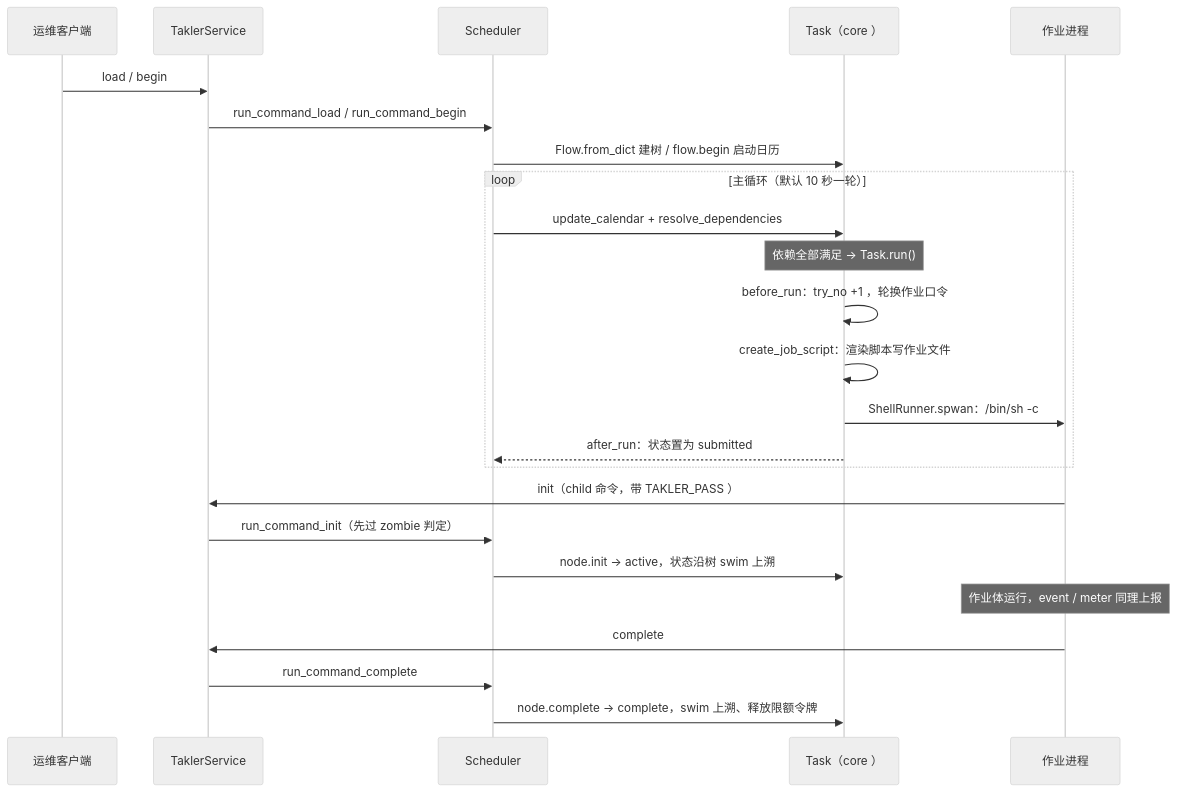
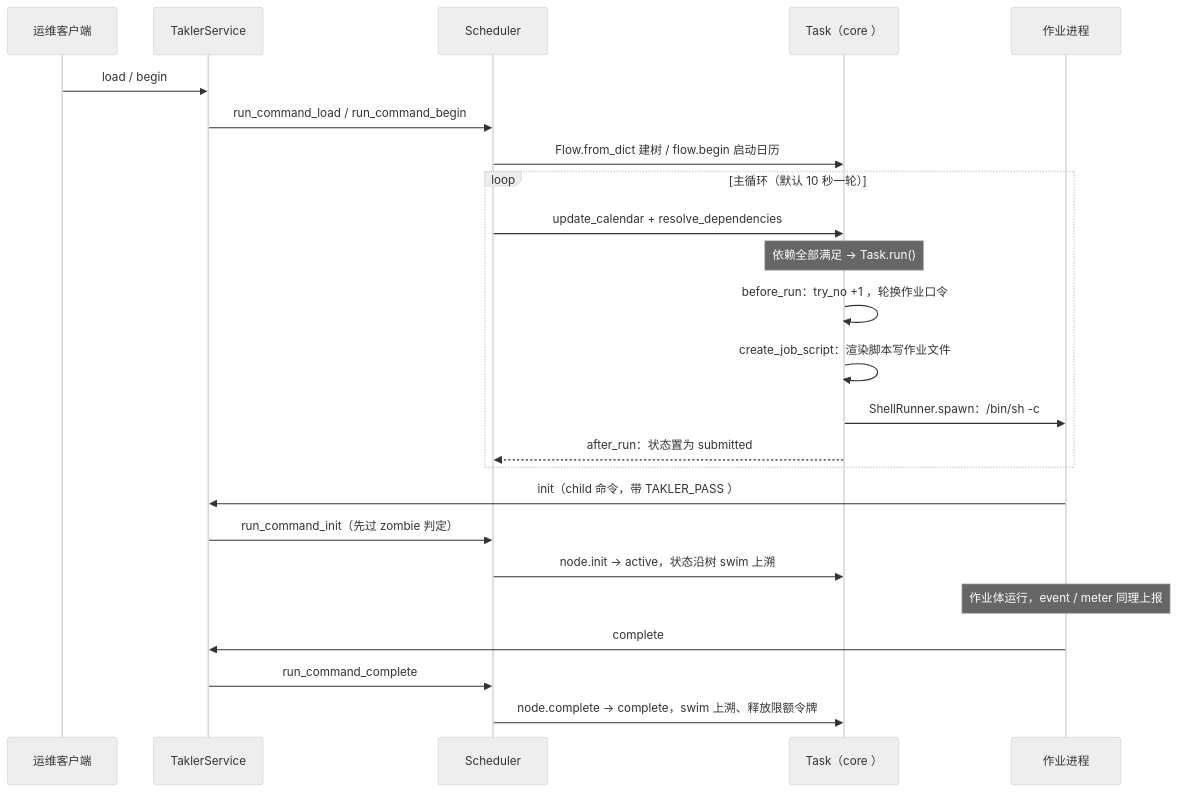
Before and after one commit to cemc-oper/takler: the fourth of 4 diagrams in doc/source/develop/architecture.rst, drawn with Mermaid (neutral theme). The commit also changed other lines of this file and 27 other files, not shown here.

```diff
--- a/doc/source/develop/architecture.rst
+++ b/doc/source/develop/architecture.rst
@@ -179,27 +182,27 @@
 .. mermaid::
 
     sequenceDiagram
         participant OP as 运维客户端
         participant SVC as TaklerService
         participant SCH as Scheduler
         participant TASK as Task（core ）
         participant JOB as 作业进程
 
         OP ->> SVC : load / begin
         SVC ->> SCH : run_command_load / run_command_begin
         SCH ->> TASK : Flow.from_dict 建树 / flow.begin 启动日历
         loop 主循环（默认 10 秒一轮）
             SCH ->> TASK : update_calendar + resolve_dependencies
             Note over TASK : 依赖全部满足 → Task.run()
             TASK ->> TASK : before_run：try_no +1 ，轮换作业口令
             TASK ->> TASK : create_job_script：渲染脚本写作业文件
-            TASK ->> JOB : ShellRunner.spwan：/bin/sh -c
+            TASK ->> JOB : ShellRunner.spawn：/bin/sh -c
             TASK -->> SCH : after_run：状态置为 submitted
         end
         JOB ->> SVC : init（child 命令，带 TAKLER_PASS ）
         SVC ->> SCH : run_command_init（先过 zombie 判定）
         SCH ->> TASK : node.init → active，状态沿树 swim 上溯
         Note over JOB : 作业体运行，event / meter 同理上报
         JOB ->> SVC : complete
         SVC ->> SCH : run_command_complete
         SCH ->> TASK : node.complete → complete，swim 上溯、释放限额令牌
```
